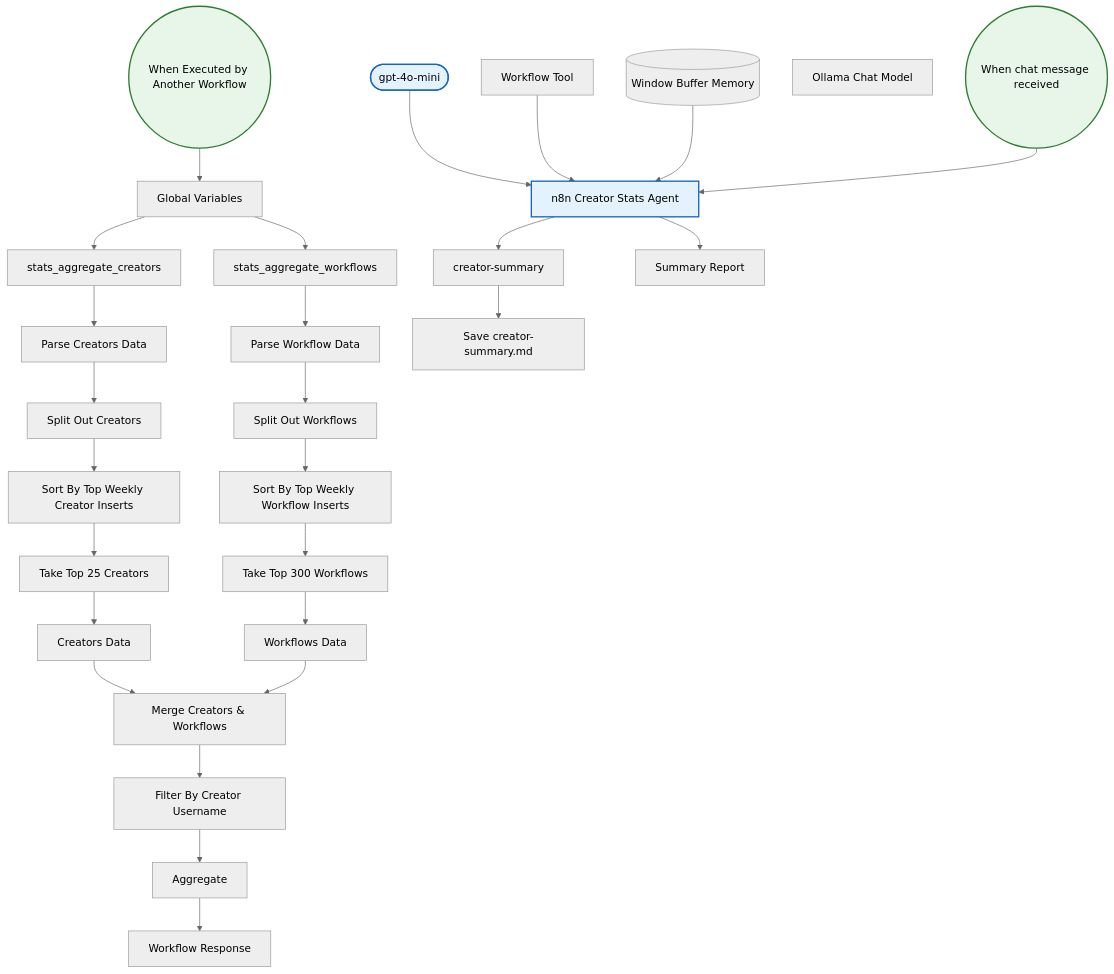
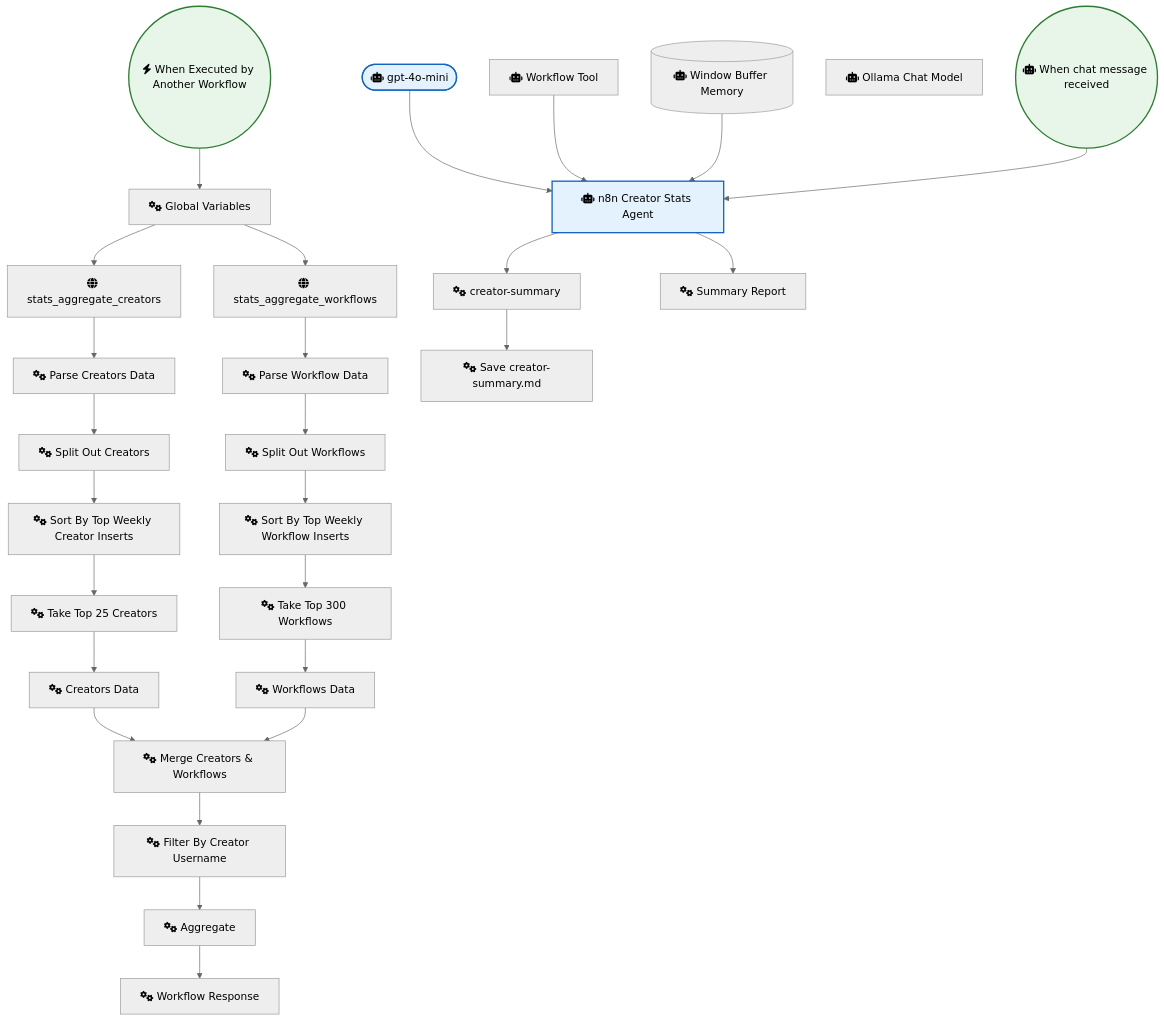
Before and after one commit to sreyash3105/N8N-DEMO-AUTOMATIONS: the diagram in OpenAI_and_LLMs/Ai Agent for N8n Creators Leaderboard - Find Popular Workflows.md, drawn with Mermaid (neutral theme). The commit also changed 291 other files, not shown here.

````diff
--- a/OpenAI_and_LLMs/Ai Agent for N8n Creators Leaderboard - Find Popular Workflows.md
+++ b/OpenAI_and_LLMs/Ai Agent for N8n Creators Leaderboard - Find Popular Workflows.md
@@ -1,60 +1,60 @@
 ```mermaid
 graph TD
     classDef trigger fill:#e8f5e9,stroke:#2e7d32,stroke-width:2px;
     classDef ai fill:#e3f2fd,stroke:#1565c0,stroke-width:2px;
     classDef logic fill:#fff3e0,stroke:#ef6c00,stroke-width:2px;
 
-    stats_aggregate_creators["stats_aggregate_creators"]
-    stats_aggregate_workflows["stats_aggregate_workflows"]
-    Global_Variables["Global Variables"]
-    Parse_Workflow_Data["Parse Workflow Data"]
-    Parse_Creators_Data["Parse Creators Data"]
-    Take_Top_25_Creators["Take Top 25 Creators"]
-    Aggregate["Aggregate"]
-    Filter_By_Creator_Username["Filter By Creator Username"]
-    gpt_4o_mini(["gpt-4o-mini"]):::ai
-    When_Executed_by_Another_Workflow(("When Executed by Another Workflow")):::trigger
-    When_chat_message_received(("When chat message received")):::trigger
-    Workflow_Tool["Workflow Tool"]
-    creator_summary["creator-summary"]
-    Workflow_Response["Workflow Response"]
-    n8n_Creator_Stats_Agent["n8n Creator Stats Agent"]:::ai
-    Save_creator_summary_md["Save creator-summary.md"]
-    Summary_Report["Summary Report"]
-    Ollama_Chat_Model["Ollama Chat Model"]
-    Creators_Data["Creators Data"]
-    Workflows_Data["Workflows Data"]
-    Merge_Creators___Workflows["Merge Creators & Workflows"]
-    Split_Out_Creators["Split Out Creators"]
-    Split_Out_Workflows["Split Out Workflows"]
-    Sort_By_Top_Weekly_Creator_Inserts["Sort By Top Weekly Creator Inserts"]
-    Sort_By_Top_Weekly_Workflow_Inserts["Sort By Top Weekly Workflow Inserts"]
-    Take_Top_300_Workflows["Take Top 300 Workflows"]
-    Window_Buffer_Memory[("Window Buffer Memory")]
+    stats_aggregate_creators["fas:fa-globe stats_aggregate_creators"]
+    stats_aggregate_workflows["fas:fa-globe stats_aggregate_workflows"]
+    Global_Variables["fas:fa-cogs Global Variables"]
+    Parse_Workflow_Data["fas:fa-cogs Parse Workflow Data"]
+    Parse_Creators_Data["fas:fa-cogs Parse Creators Data"]
+    Take_Top_25_Creators["fas:fa-cogs Take Top 25 Creators"]
+    Aggregate["fas:fa-cogs Aggregate"]
+    Filter_By_Creator_Username["fas:fa-cogs Filter By Creator Username"]
+    gpt_4o_mini(["fas:fa-robot gpt-4o-mini"]):::ai
+    When_Executed_by_Another_Workflow(("fas:fa-bolt When Executed by Another Workflow")):::trigger
+    When_chat_message_received(("fas:fa-robot When chat message received")):::trigger
+    Workflow_Tool["fas:fa-robot Workflow Tool"]
+    creator_summary["fas:fa-cogs creator-summary"]
+    Workflow_Response["fas:fa-cogs Workflow Response"]
+    n8n_Creator_Stats_Agent["fas:fa-robot n8n Creator Stats Agent"]:::ai
+    Save_creator_summary_md["fas:fa-cogs Save creator-summary.md"]
+    Summary_Report["fas:fa-cogs Summary Report"]
+    Ollama_Chat_Model["fas:fa-robot Ollama Chat Model"]
+    Creators_Data["fas:fa-cogs Creators Data"]
+    Workflows_Data["fas:fa-cogs Workflows Data"]
+    Merge_Creators___Workflows["fas:fa-cogs Merge Creators & Workflows"]
+    Split_Out_Creators["fas:fa-cogs Split Out Creators"]
+    Split_Out_Workflows["fas:fa-cogs Split Out Workflows"]
+    Sort_By_Top_Weekly_Creator_Inserts["fas:fa-cogs Sort By Top Weekly Creator Inserts"]
+    Sort_By_Top_Weekly_Workflow_Inserts["fas:fa-cogs Sort By Top Weekly Workflow Inserts"]
+    Take_Top_300_Workflows["fas:fa-cogs Take Top 300 Workflows"]
+    Window_Buffer_Memory[("fas:fa-robot Window Buffer Memory")]
 
     Aggregate --> Workflow_Response
     gpt_4o_mini --> n8n_Creator_Stats_Agent
     Creators_Data --> Merge_Creators___Workflows
     Workflow_Tool --> n8n_Creator_Stats_Agent
     Workflows_Data --> Merge_Creators___Workflows
     creator_summary --> Save_creator_summary_md
     Global_Variables --> stats_aggregate_creators
     Global_Variables --> stats_aggregate_workflows
     Split_Out_Creators --> Sort_By_Top_Weekly_Creator_Inserts
     Parse_Creators_Data --> Split_Out_Creators
     Parse_Workflow_Data --> Split_Out_Workflows
     Split_Out_Workflows --> Sort_By_Top_Weekly_Workflow_Inserts
     Take_Top_25_Creators --> Creators_Data
     Window_Buffer_Memory --> n8n_Creator_Stats_Agent
     Take_Top_300_Workflows --> Workflows_Data
     n8n_Creator_Stats_Agent --> Summary_Report
     n8n_Creator_Stats_Agent --> creator_summary
     stats_aggregate_creators --> Parse_Creators_Data
     stats_aggregate_workflows --> Parse_Workflow_Data
     Filter_By_Creator_Username --> Aggregate
     Merge_Creators___Workflows --> Filter_By_Creator_Username
     When_chat_message_received --> n8n_Creator_Stats_Agent
     When_Executed_by_Another_Workflow --> Global_Variables
     Sort_By_Top_Weekly_Creator_Inserts --> Take_Top_25_Creators
     Sort_By_Top_Weekly_Workflow_Inserts --> Take_Top_300_Workflows
 ```
````
